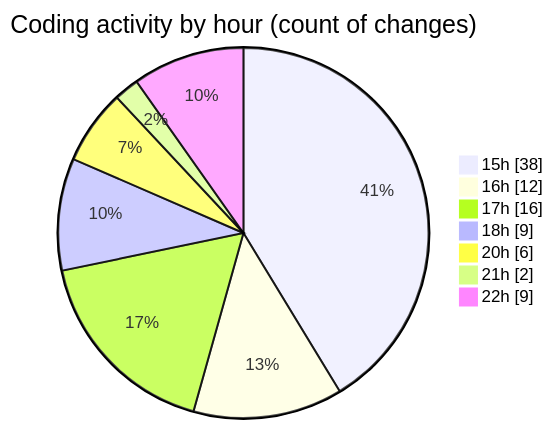
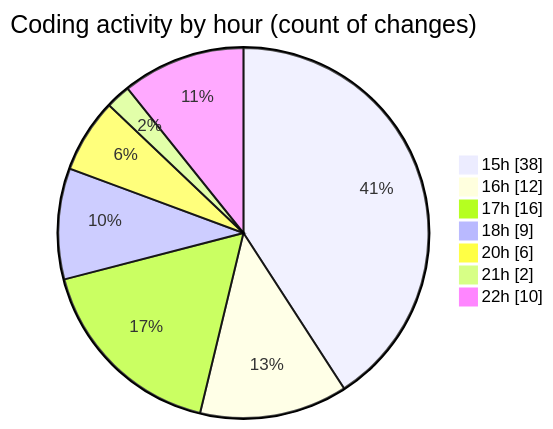
One commit to nxtqubesakshisongat/code-tracking changed the second of 2 diagrams in 2025-09-08/cashcalculator/README.md. Above: the diagram before and after it, drawn with Mermaid. The commit also changed other lines of this file and 1 other file, not shown here.

````diff
--- a/2025-09-08/cashcalculator/README.md
+++ b/2025-09-08/cashcalculator/README.md
@@ -28,11 +28,11 @@
 ```mermaid
 pie showData
 title Coding activity by hour (count of changes)
 "15h" : 38
 "16h" : 12
 "17h" : 16
 "18h" : 9
 "20h" : 6
 "21h" : 2
-"22h" : 9
+"22h" : 10
 ```
````
